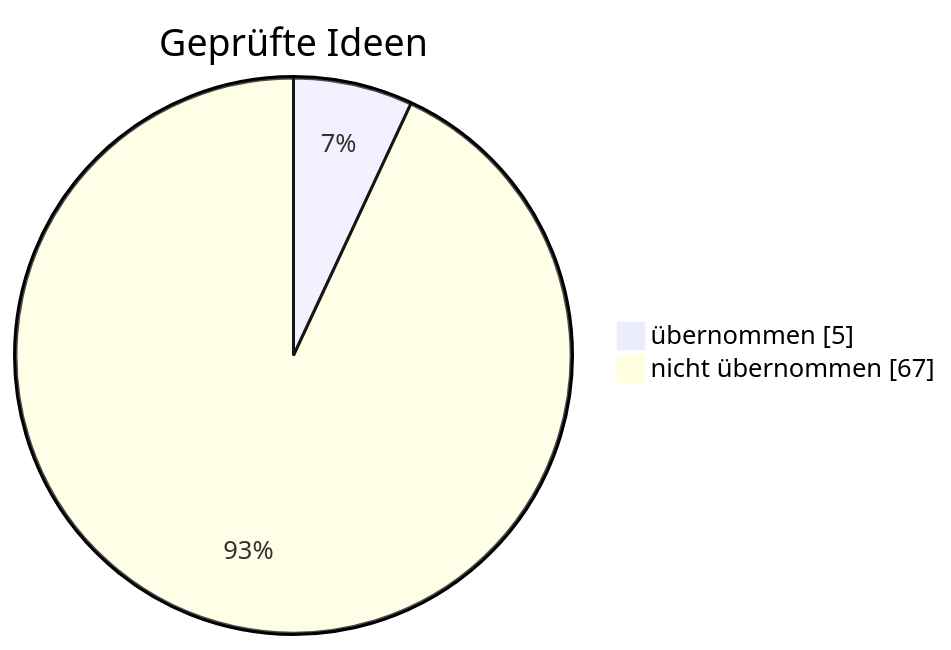
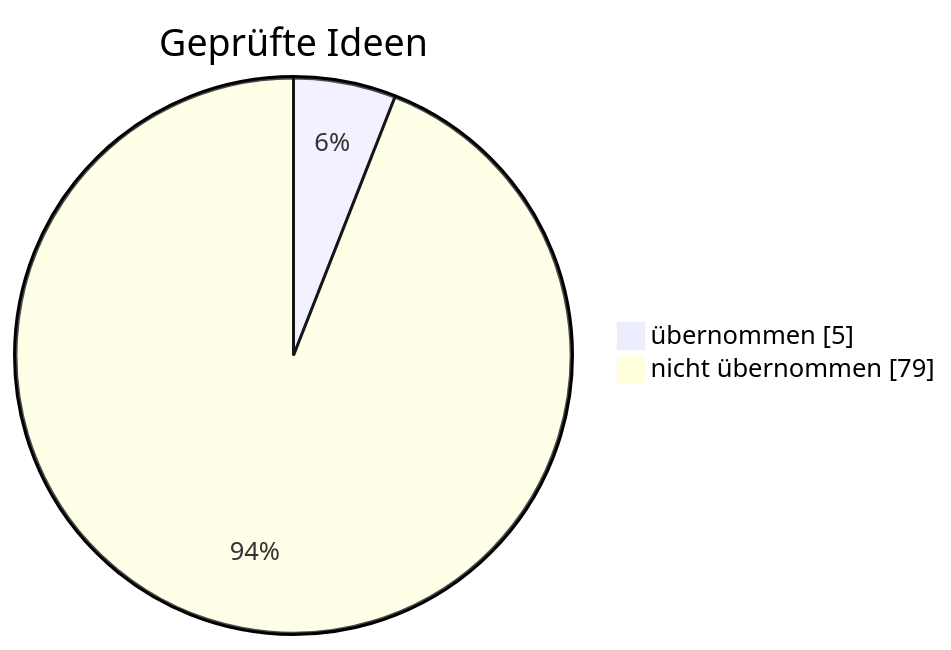
Before and after one commit to sickingmalte-arch/Test-Bot: the diagram in gehirn/Notizen/Was der Bot schon weiß.md, drawn with Mermaid. The commit also changed other lines of this file and 46 other files, not shown here.

First line of the commit message:
Forschung 17./18.11.: Shorts und Optionen – nicht übernommen; SEC-Kontakt nur noch an die SEC (#74)

````diff
--- a/gehirn/Notizen/Was der Bot schon weiß.md
+++ b/gehirn/Notizen/Was der Bot schon weiß.md
@@ -22,6 +22,6 @@
 ```mermaid
 pie showData
     title Geprüfte Ideen
     "übernommen" : 5
-    "nicht übernommen" : 67
+    "nicht übernommen" : 79
 ```
````
